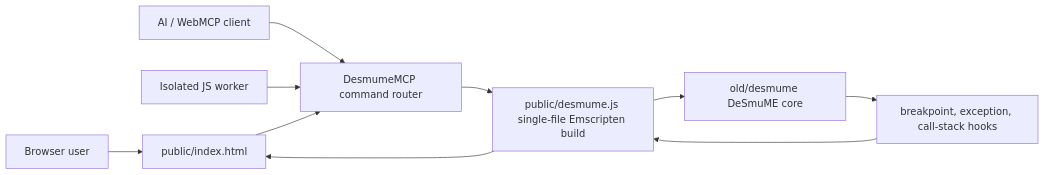
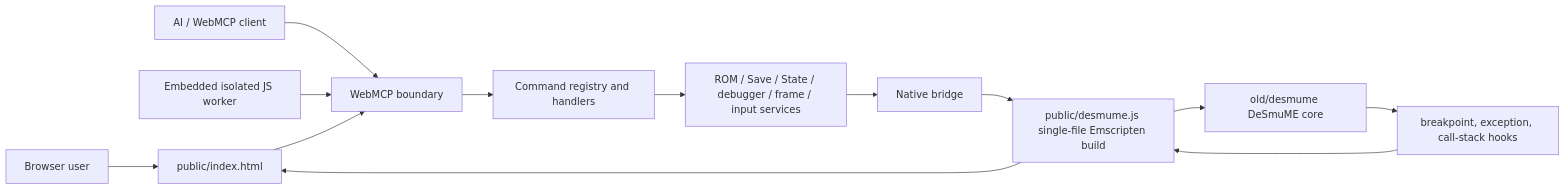
Before and after one commit to DaisukeDaisuke/desmume_webassembly: the diagram in README.md, drawn with Mermaid. The commit also changed other lines of this file and 75 other files, not shown here.

First line of the commit message:
refactor: modularize the web debugger runtime

````diff
--- a/README.md
+++ b/README.md
@@ -24,12 +24,15 @@
 ```mermaid
 flowchart LR
   User[Browser user] --> UI[public/index.html]
-  AI[AI / WebMCP client] --> MCP[DesmumeMCP command router]
-  Script[Isolated JS worker] --> MCP
+  AI[AI / WebMCP client] --> MCP[WebMCP boundary]
+  Script[Embedded isolated JS worker] --> MCP
   UI --> MCP
-  MCP --> Wasm[public/desmume.js single-file Emscripten build]
+  MCP --> Commands[Command registry and handlers]
+  Commands --> Services[ROM / Save / State / debugger / frame / input services]
+  Services --> Bridge[Native bridge]
+  Bridge --> Wasm[public/desmume.js single-file Emscripten build]
   Wasm --> Core[old/desmume DeSmuME core]
   Core --> Hooks[breakpoint, exception, call-stack hooks]
   Hooks --> Wasm
   Wasm --> UI
 ```
````
